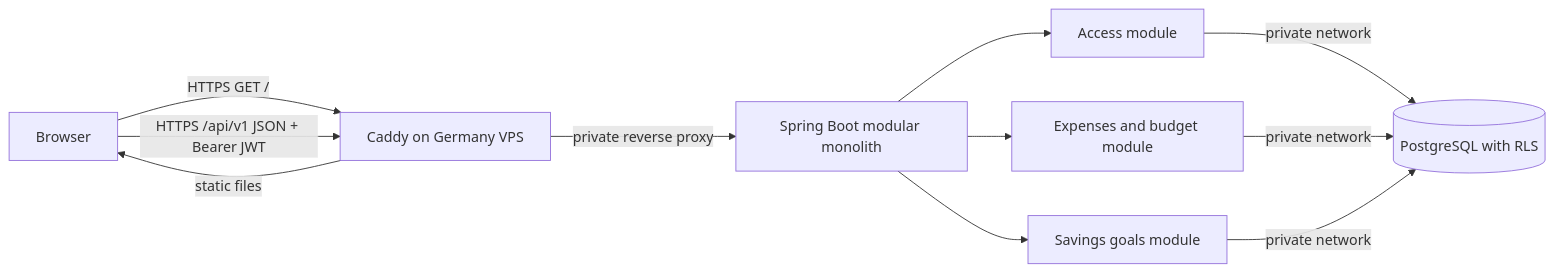
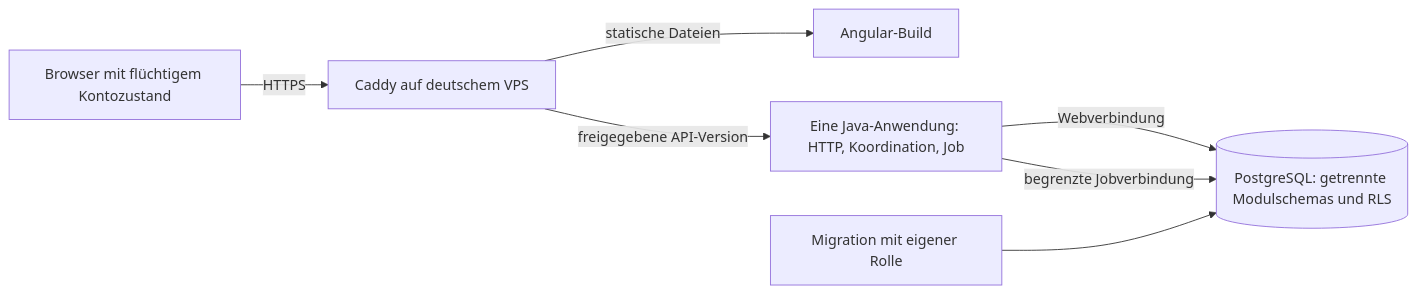
The second of 2 diagrams in _bmad-output/planning-artifacts/architecture/architecture-try-not-to-be-poor-2026-10-19/ARCHITECTURE-SPINE.md (LinusBaudiss/try-not-to-be-poor), drawn with Mermaid before and after one commit. The commit also changed other lines of this file and 12 other files, not shown here.

Commit message:
docs: plan monthly surplus and modular API v2 architecture

````diff
--- a/_bmad-output/planning-artifacts/architecture/architecture-try-not-to-be-poor-2026-10-19/ARCHITECTURE-SPINE.md
+++ b/_bmad-output/planning-artifacts/architecture/architecture-try-not-to-be-poor-2026-10-19/ARCHITECTURE-SPINE.md
@@ -114,13 +207,9 @@
 ```mermaid
 flowchart LR
-  User[Browser] -->|HTTPS GET /| Edge[Caddy on Germany VPS]
-  Edge -->|static files| User
-  User -->|HTTPS /api/v1 JSON + Bearer JWT| Edge
-  Edge -->|private reverse proxy| API[Spring Boot modular monolith]
-  API --> Access[Access module]
-  API --> Expenses[Expenses and budget module]
-  API --> Goals[Savings goals module]
-  Access -->|private network| DB[(PostgreSQL with RLS)]
-  Expenses -->|private network| DB
-  Goals -->|private network| DB
+  Browser["Browser mit flüchtigem Kontozustand"] -->|HTTPS| Edge["Caddy auf deutschem VPS"]
+  Edge -->|statische Dateien| SPA["Angular-Build"]
+  Edge -->|freigegebene API-Version| API["Eine Java-Anwendung: HTTP, Koordination, Job"]
+  API -->|Webverbindung| DB[("PostgreSQL: getrennte Modulschemas und RLS")]
+  API -->|begrenzte Jobverbindung| DB
+  Migrator["Migration mit eigener Rolle"] --> DB
 ```
````
